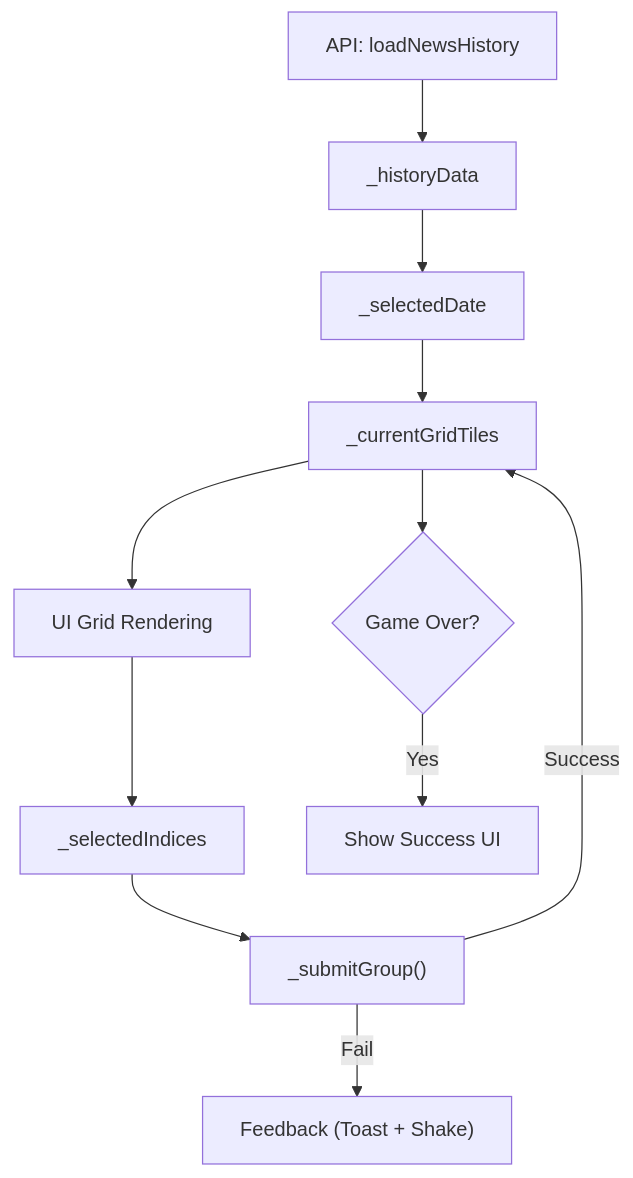
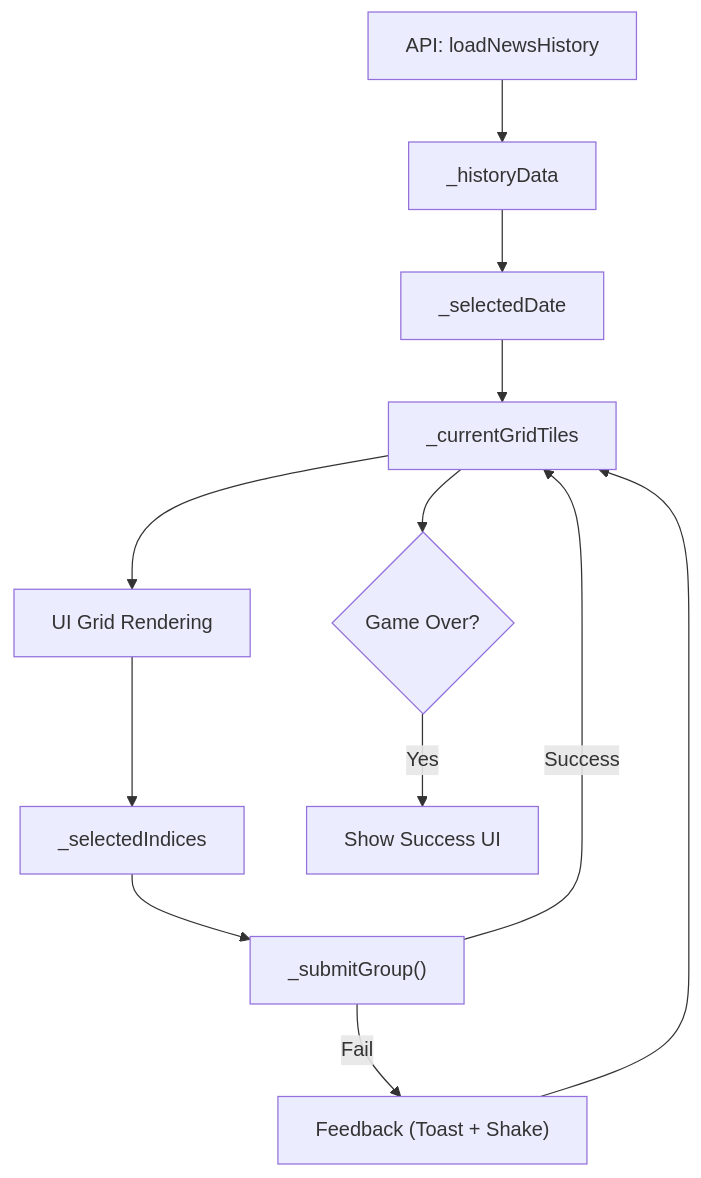
One commit to SirSirom/tagesschlau changed the second of 6 diagrams in README.md. Above: the diagram before and after it, drawn with Mermaid. The commit also changed other lines of this file, not shown here.

Commit message:
update README.md flowcharts

````diff
--- a/README.md
+++ b/README.md
@@ -109,19 +109,20 @@
 ```mermaid
 flowchart TD
   API[API: loadNewsHistory] --> H[_historyData]
 
   H --> D[_selectedDate]
   D --> G[_currentGridTiles]
 
   G --> UI[UI Grid Rendering]
 
   UI --> S[_selectedIndices]
 
   S --> SUB["_submitGroup()"]
 
 SUB -->|Success| G
 SUB -->|Fail| FB["Feedback (Toast + Shake)"]
+FB --> G
 
 G --> END{Game Over?}
 END -->|Yes| DONE[Show Success UI]
 ```
````
